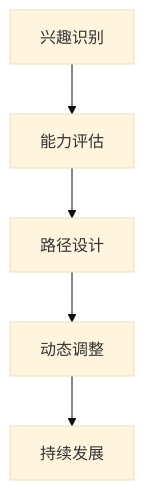
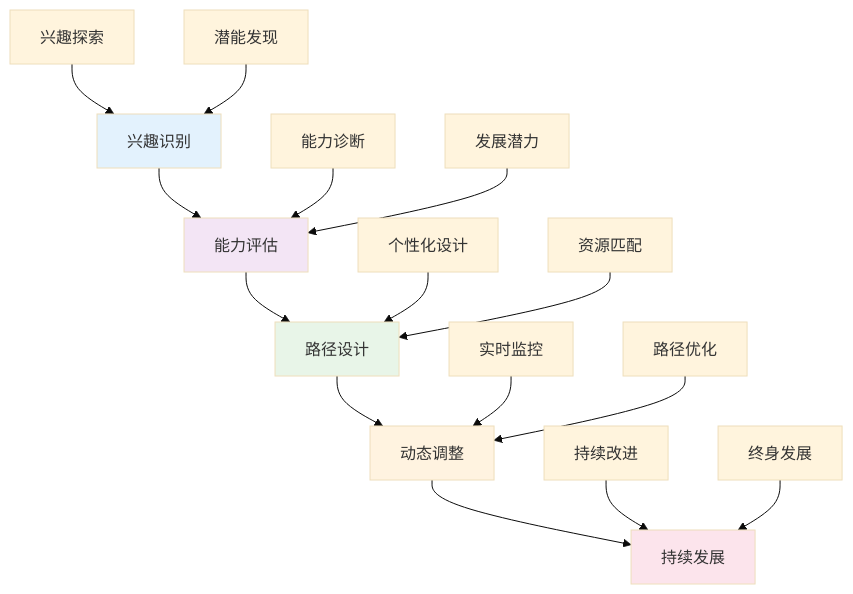
The second of 7 diagrams in 04-评估与发展/02-个性化发展路径.md (AdaMartin18010/SeniorEnducation), drawn with Mermaid (base theme) before and after one commit. The commit also changed other lines of this file and 16 other files, not shown here.

````diff
--- a/04-评估与发展/02-个性化发展路径.md
+++ b/04-评估与发展/02-个性化发展路径.md
@@ -177,7 +160,24 @@
 ```mermaid
 graph TD
     A[兴趣识别] --> B[能力评估]
     B --> C[路径设计]
     C --> D[动态调整]
     D --> E[持续发展]
+    
+    A1[兴趣探索] --> A
+    A2[潜能发现] --> A
+    B1[能力诊断] --> B
+    B2[发展潜力] --> B
+    C1[个性化设计] --> C
+    C2[资源匹配] --> C
+    D1[实时监控] --> D
+    D2[路径优化] --> D
+    E1[持续改进] --> E
+    E2[终身发展] --> E
+    
+    style A fill:#e3f2fd
+    style B fill:#f3e5f5
+    style C fill:#e8f5e8
+    style D fill:#fff3e0
+    style E fill:#fce4ec
 ```
````
